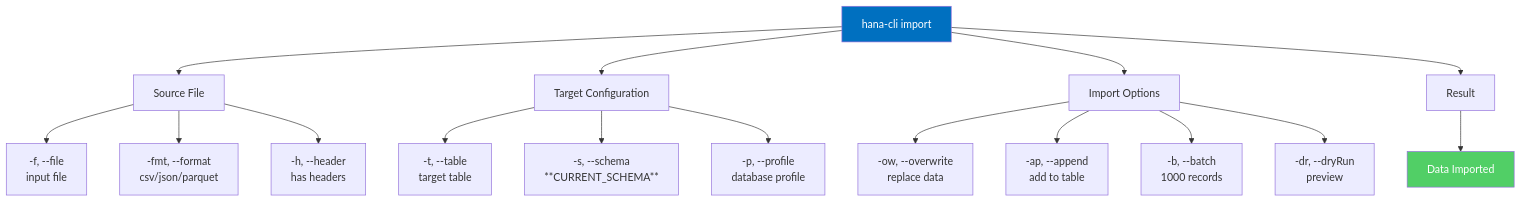
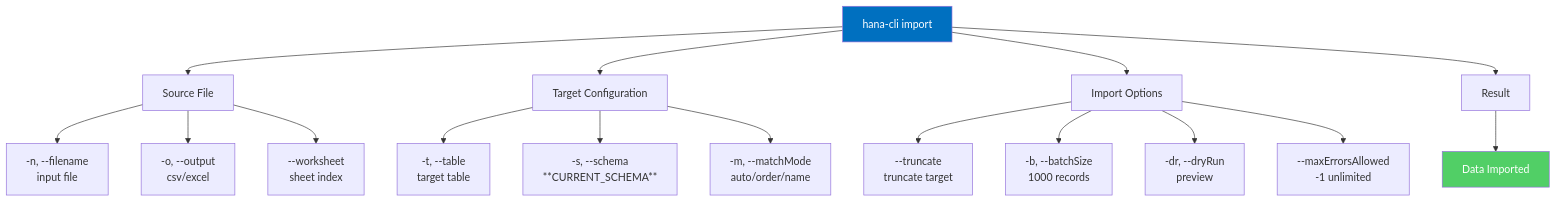
The fourth of 26 diagrams in docs/99-reference/command-reference.md (SAP-samples/hana-developer-cli-tool-example), drawn with Mermaid before and after one commit. The commit also changed other lines of this file and 10 other files, not shown here.

````diff
--- a/docs/99-reference/command-reference.md
+++ b/docs/99-reference/command-reference.md
@@ -135,24 +142,24 @@
 ```mermaid
 graph TD
     A["hana-cli import"] --> B["Source File"]
-    B --> B1["-f, --file<br/>input file"]
-    B --> B2["-fmt, --format<br/>csv/json/parquet"]
-    B --> B3["-h, --header<br/>has headers"]
+    B --> B1["-n, --filename<br/>input file"]
+    B --> B2["-o, --output<br/>csv/excel"]
+    B --> B3["--worksheet<br/>sheet index"]
     
     A --> C["Target Configuration"]
     C --> C1["-t, --table<br/>target table"]
     C --> C2["-s, --schema<br/>**CURRENT_SCHEMA**"]
-    C --> C3["-p, --profile<br/>database profile"]
+    C --> C3["-m, --matchMode<br/>auto/order/name"]
     
     A --> D["Import Options"]
-    D --> D1["-ow, --overwrite<br/>replace data"]
-    D --> D2["-ap, --append<br/>add to table"]
-    D --> D3["-b, --batch<br/>1000 records"]
-    D --> D4["-dr, --dryRun<br/>preview"]
+    D --> D1["--truncate<br/>truncate target"]
+    D --> D2["-b, --batchSize<br/>1000 records"]
+    D --> D3["-dr, --dryRun<br/>preview"]
+    D --> D4["--maxErrorsAllowed<br/>-1 unlimited"]
     
     A --> E["Result"]
     E --> F["Data Imported"]
     
     style A fill:#0070C0,color:#fff
     style F fill:#51CF66,color:#fff
 ```
````
